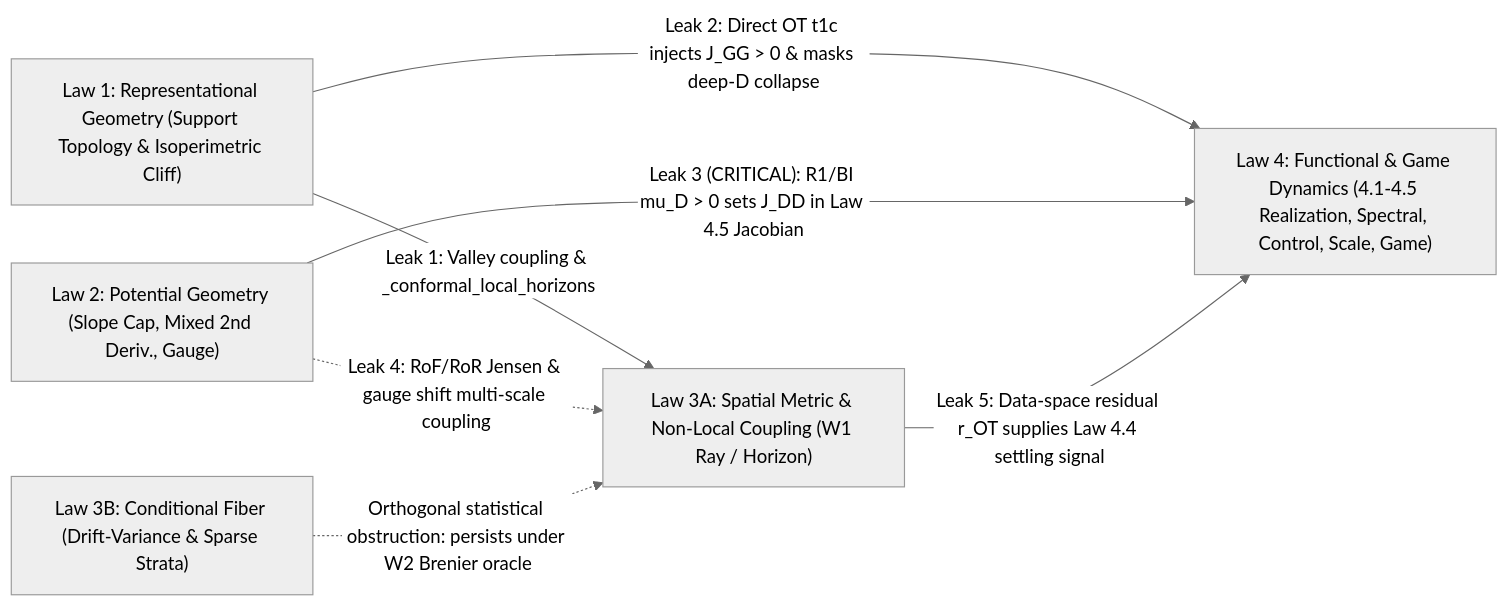
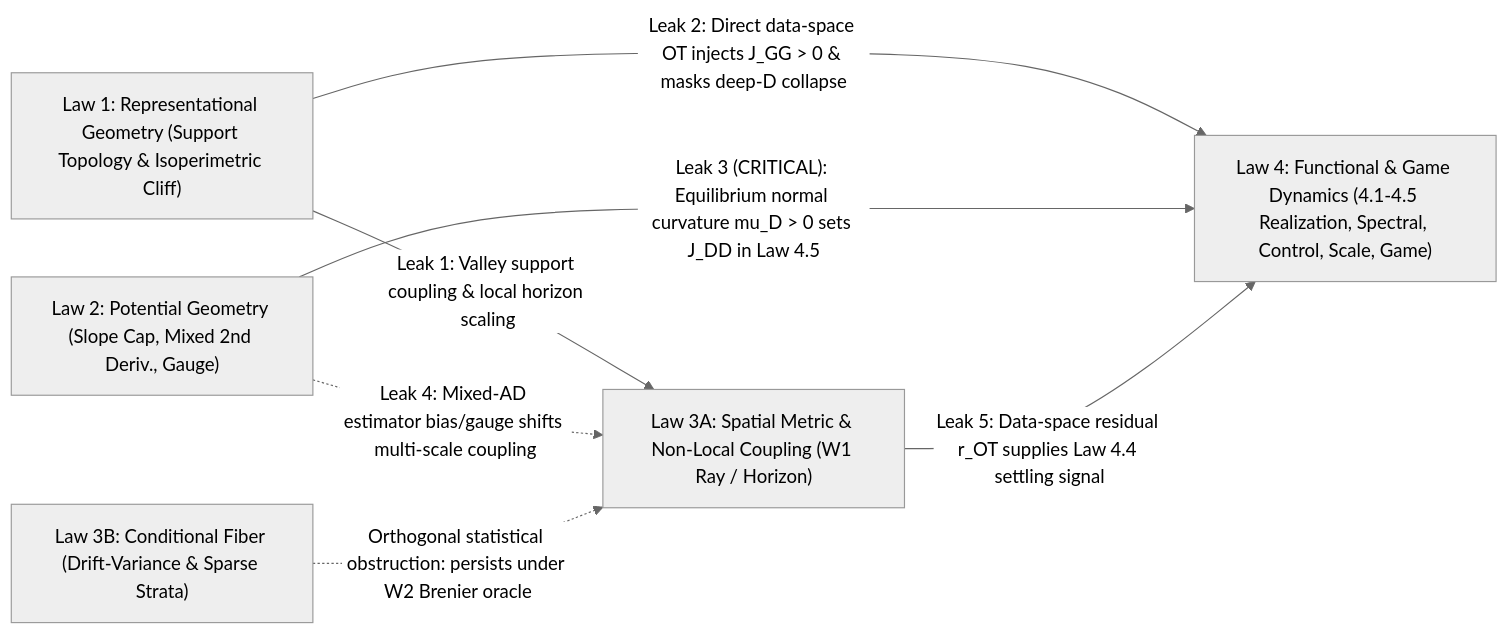
The diagram in docs/four-laws.md (HyperGAN/ParticleGAN), drawn with Mermaid (neutral theme) before and after one commit. The commit also changed other lines of this file and 33 other files, not shown here.

````diff
--- a/docs/four-laws.md
+++ b/docs/four-laws.md
@@ -446,15 +416,15 @@
 ```mermaid
 flowchart LR
     L1["Law 1: Representational Geometry (Support Topology & Isoperimetric Cliff)"]
     L2["Law 2: Potential Geometry (Slope Cap, Mixed 2nd Deriv., Gauge)"]
     L3A["Law 3A: Spatial Metric & Non-Local Coupling (W1 Ray / Horizon)"]
     L3B["Law 3B: Conditional Fiber (Drift-Variance & Sparse Strata)"]
     L4["Law 4: Functional & Game Dynamics (4.1-4.5 Realization, Spectral, Control, Scale, Game)"]
 
-    L1 -->|"Leak 1: Valley coupling & _conformal_local_horizons"| L3A
-    L1 -->|"Leak 2: Direct OT t1c injects J_GG > 0 & masks deep-D collapse"| L4
-    L2 -->|"Leak 3 (CRITICAL): R1/BI mu_D > 0 sets J_DD in Law 4.5 Jacobian"| L4
-    L2 -.->|"Leak 4: RoF/RoR Jensen & gauge shift multi-scale coupling"| L3A
+    L1 -->|"Leak 1: Valley support coupling & local horizon scaling"| L3A
+    L1 -->|"Leak 2: Direct data-space OT injects J_GG > 0 & masks deep-D collapse"| L4
+    L2 -->|"Leak 3 (CRITICAL): Equilibrium normal curvature mu_D > 0 sets J_DD in Law 4.5"| L4
+    L2 -.->|"Leak 4: Mixed-AD estimator bias/gauge shifts multi-scale coupling"| L3A
     L3A -->|"Leak 5: Data-space residual r_OT supplies Law 4.4 settling signal"| L4
     L3B -.->|"Orthogonal statistical obstruction: persists under W2 Brenier oracle"| L3A
 ```
````
